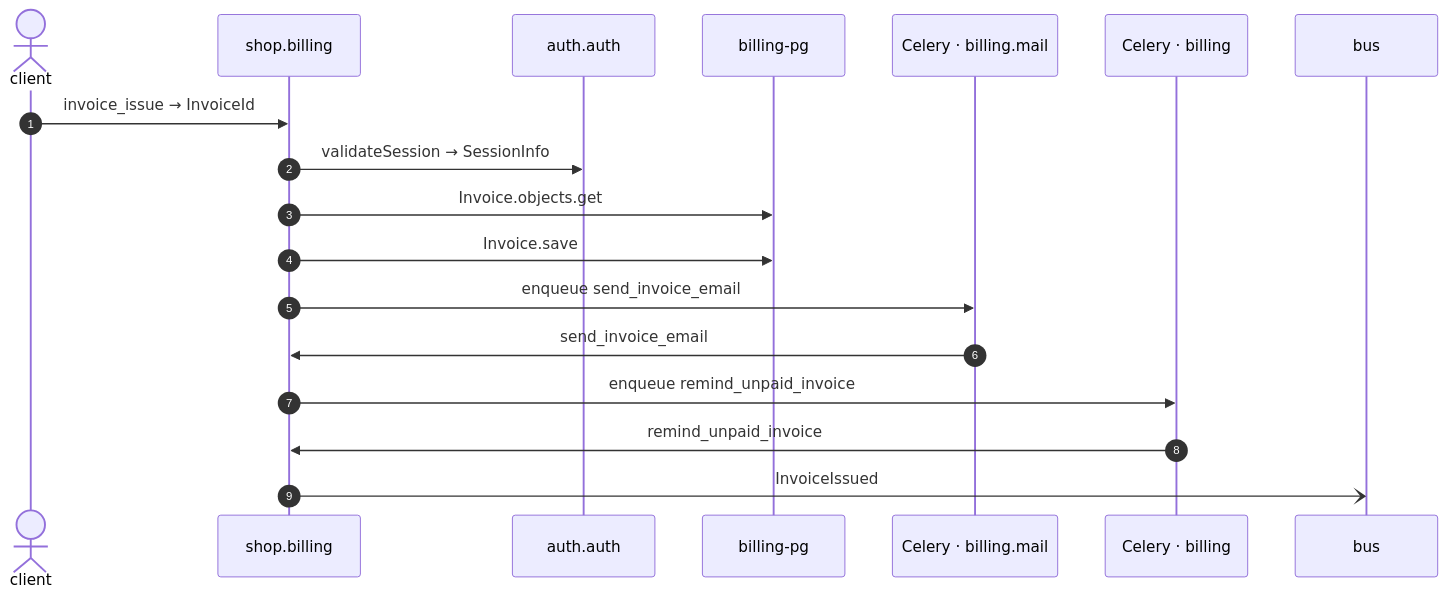
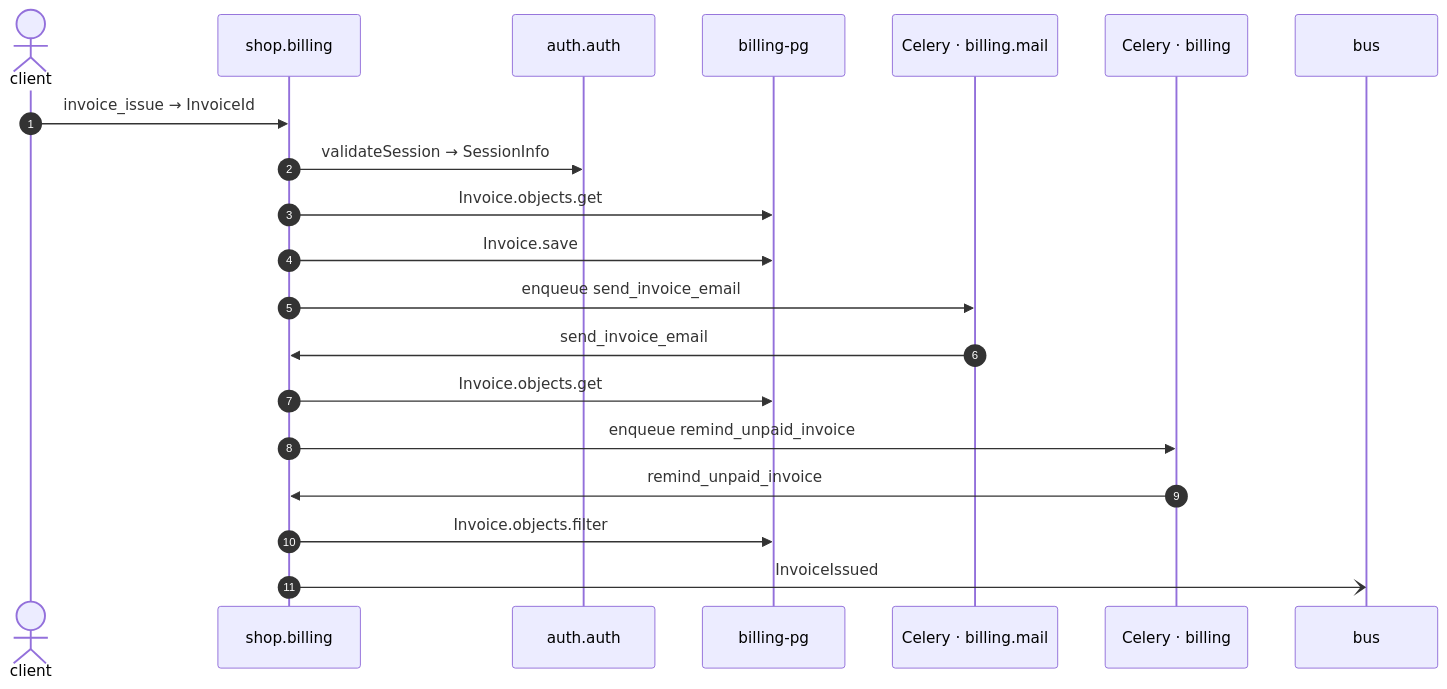
The diagram in docs/flows/billing-invoice-issue.md (shortlink-org/portolan), drawn with Mermaid before and after one commit. The commit also changed other lines of this file and 188 other files, not shown here.

Commit message:
feat(flows): compose task bodies and compact wrappers

````diff
--- a/docs/flows/billing-invoice-issue.md
+++ b/docs/flows/billing-invoice-issue.md
@@ -25,20 +25,22 @@
 ```mermaid
 sequenceDiagram
     autonumber
     actor p0 as client
     participant p1 as shop.billing
     participant p2 as auth.auth
     participant p3 as billing-pg
     participant p4 as Celery · billing.mail
     participant p5 as Celery · billing
     participant p6 as bus
     p0->>p1: invoice_issue → InvoiceId
     p1->>p2: validateSession → SessionInfo
     p1->>p3: Invoice.objects.get
     p1->>p3: Invoice.save
     p1->>p4: enqueue send_invoice_email
     p4->>p1: send_invoice_email
+    p1->>p3: Invoice.objects.get
     p1->>p5: enqueue remind_unpaid_invoice
     p5->>p1: remind_unpaid_invoice
+    p1->>p3: Invoice.objects.filter
     p1-)p6: InvoiceIssued
 ```
````
